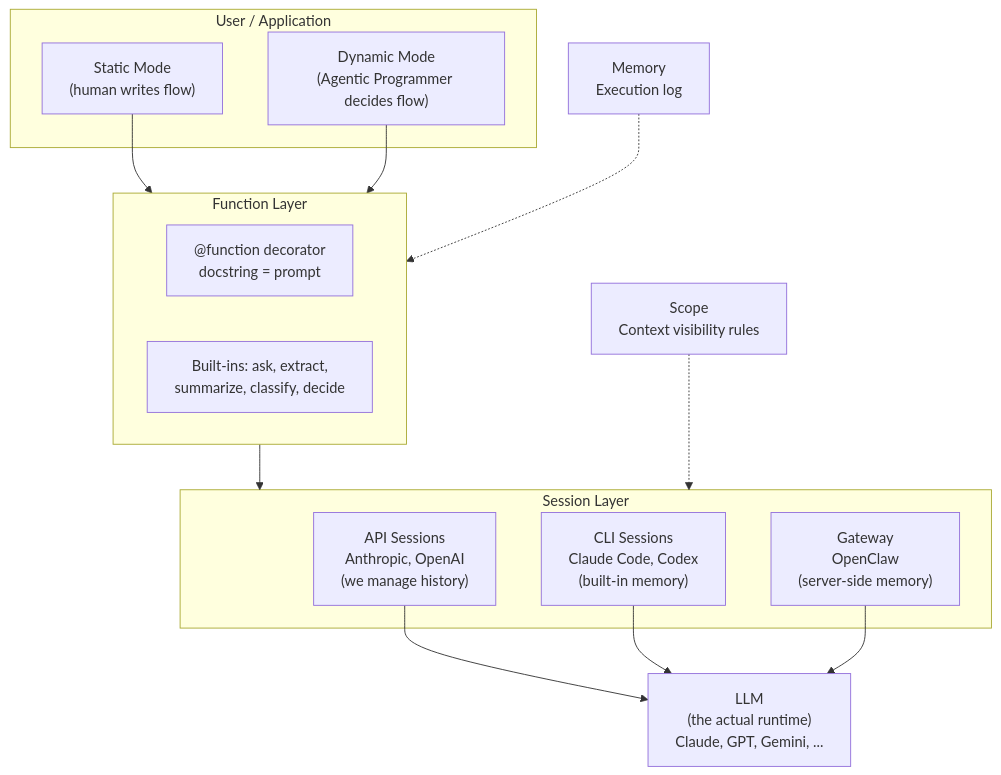
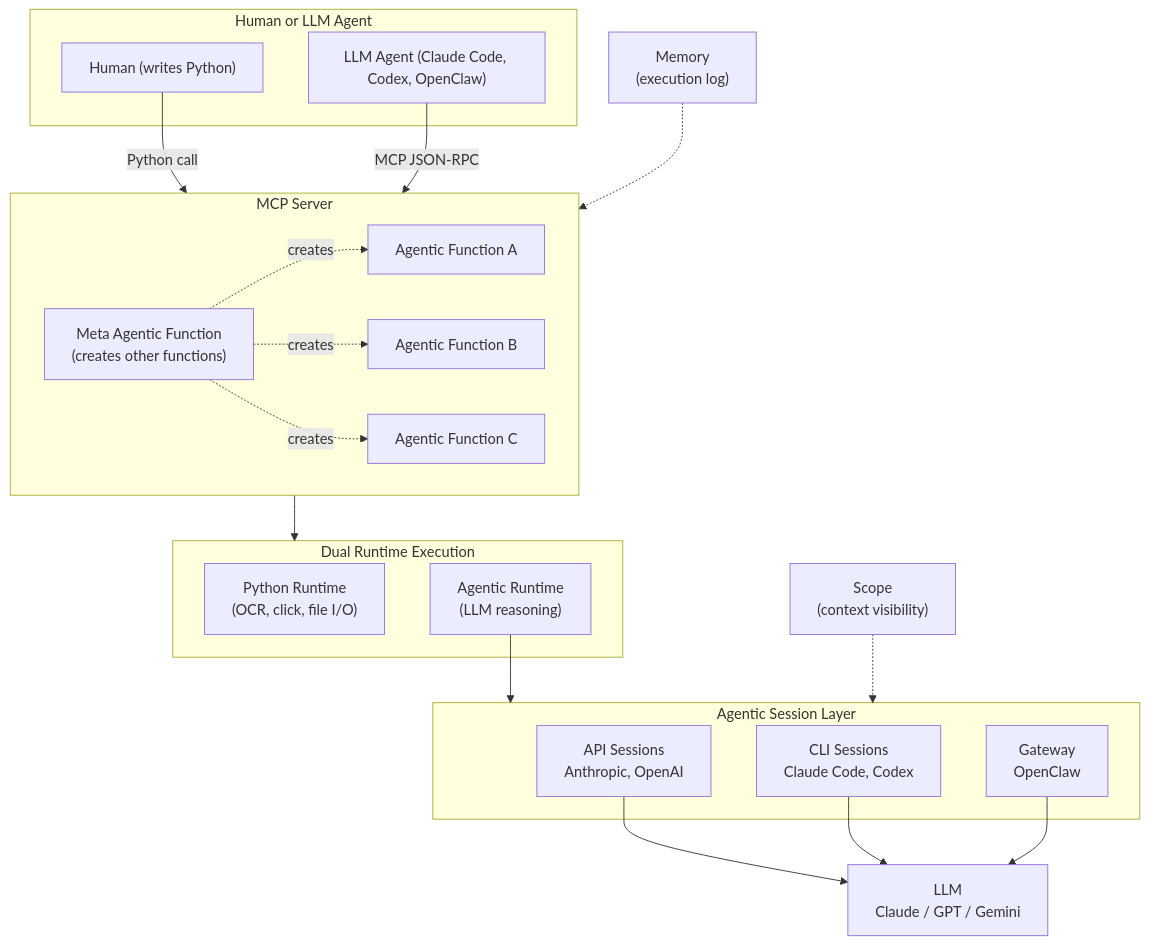
The first of 10 diagrams in docs/DESIGN.md (Fzkuji/OpenProgram), drawn with Mermaid before and after one commit. The commit also changed other lines of this file and 1 other file, not shown here.

First line of the commit message:
v3: Rewrite README + DESIGN.md — Meta Agentic Function, no Programmer role

````diff
--- a/docs/DESIGN.md
+++ b/docs/DESIGN.md
@@ -9,33 +30,43 @@
 ```mermaid
 graph TB
-    subgraph User["User / Application"]
-        Static["Static Mode<br/>(human writes flow)"]
-        Dynamic["Dynamic Mode<br/>(Agentic Programmer decides flow)"]
+    subgraph Caller["Human or LLM Agent"]
+        Human["Human (writes Python)"]
+        Agent["LLM Agent (Claude Code, Codex, OpenClaw)"]
     end
 
-    subgraph Functions["Function Layer"]
-        Decorator["@function decorator<br/>docstring = prompt"]
-        Builtins["Built-ins: ask, extract,<br/>summarize, classify, decide"]
+    subgraph MCP["MCP Server"]
+        Meta["Meta Agentic Function<br/>(creates other functions)"]
+        FnA["Agentic Function A"]
+        FnB["Agentic Function B"]
+        FnC["Agentic Function C"]
+        Meta -.->|creates| FnA
+        Meta -.->|creates| FnB
+        Meta -.->|creates| FnC
     end
 
-    subgraph Sessions["Session Layer"]
-        API["API Sessions<br/>Anthropic, OpenAI<br/>(we manage history)"]
-        CLI["CLI Sessions<br/>Claude Code, Codex<br/>(built-in memory)"]
-        GW["Gateway<br/>OpenClaw<br/>(server-side memory)"]
+    subgraph Execution["Dual Runtime Execution"]
+        PyRT["Python Runtime<br/>(OCR, click, file I/O)"]
+        AgRT["Agentic Runtime<br/>(LLM reasoning)"]
     end
 
-    LLM["LLM<br/>(the actual runtime)<br/>Claude, GPT, Gemini, ..."]
+    subgraph Sessions["Agentic Session Layer"]
+        API["API Sessions<br/>Anthropic, OpenAI"]
+        CLI["CLI Sessions<br/>Claude Code, Codex"]
+        GW["Gateway<br/>OpenClaw"]
+    end
 
-    Static --> Functions
-    Dynamic --> Functions
-    Functions --> Sessions
+    LLM["LLM<br/>Claude / GPT / Gemini"]
+
+    Human -->|"Python call"| MCP
+    Agent -->|"MCP JSON-RPC"| MCP
+    MCP --> Execution
+    AgRT --> Sessions
     API --> LLM
     CLI --> LLM
     GW --> LLM
 
-    Scope["Scope<br/>Context visibility rules"]
-    Memory["Memory<br/>Execution log"]
-
+    Scope["Scope<br/>(context visibility)"]
+    Memory["Memory<br/>(execution log)"]
     Scope -.-> Sessions
-    Memory -.-> Functions
+    Memory -.-> MCP
 ```
````
